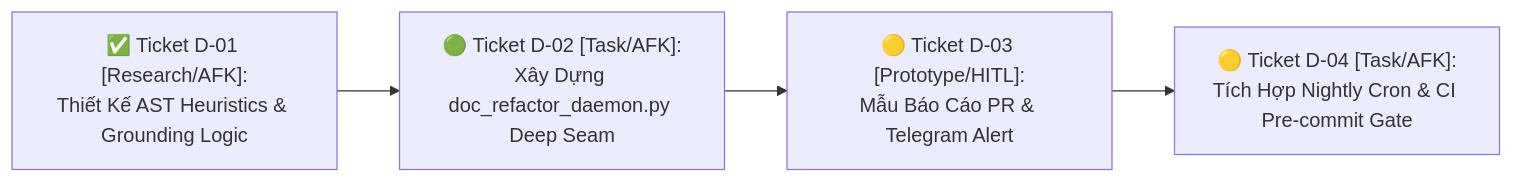
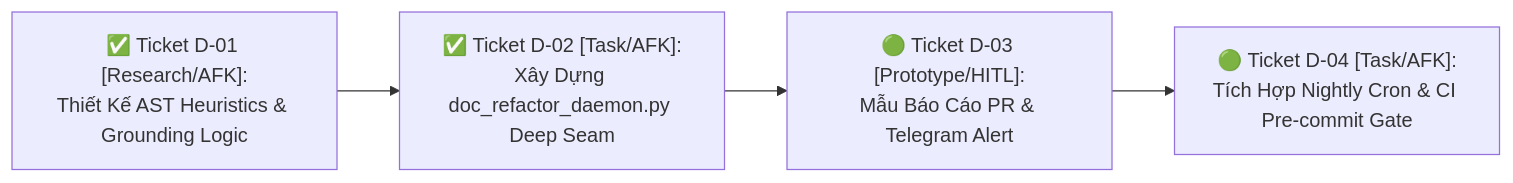
One commit to vvChu/ccba-agent-platform changed the diagram in .md/knowledge/issues/doc-auto-evolution/map.md. Above: the diagram before and after it, drawn with Mermaid. The commit also changed other lines of this file and 2 other files, not shown here.

Commit message:
feat(eval): implement DocAutoEvolutionEngine deep seam with AST grounding and zero-deletion guards

````diff
--- a/.md/knowledge/issues/doc-auto-evolution/map.md
+++ b/.md/knowledge/issues/doc-auto-evolution/map.md
@@ -38,6 +39,6 @@
 ```mermaid
 graph LR
-    D01["✅ Ticket D-01 [Research/AFK]:<br/>Thiết Kế AST Heuristics & Grounding Logic"] --> D02["🟢 Ticket D-02 [Task/AFK]:<br/>Xây Dựng doc_refactor_daemon.py Deep Seam"]
-    D02 --> D03["🟡 Ticket D-03 [Prototype/HITL]:<br/>Mẫu Báo Cáo PR & Telegram Alert"]
-    D03 --> D04["🟡 Ticket D-04 [Task/AFK]:<br/>Tích Hợp Nightly Cron & CI Pre-commit Gate"]
+    D01["✅ Ticket D-01 [Research/AFK]:<br/>Thiết Kế AST Heuristics & Grounding Logic"] --> D02["✅ Ticket D-02 [Task/AFK]:<br/>Xây Dựng doc_refactor_daemon.py Deep Seam"]
+    D02 --> D03["🟢 Ticket D-03 [Prototype/HITL]:<br/>Mẫu Báo Cáo PR & Telegram Alert"]
+    D03 --> D04["🟢 Ticket D-04 [Task/AFK]:<br/>Tích Hợp Nightly Cron & CI Pre-commit Gate"]
 ```
````
